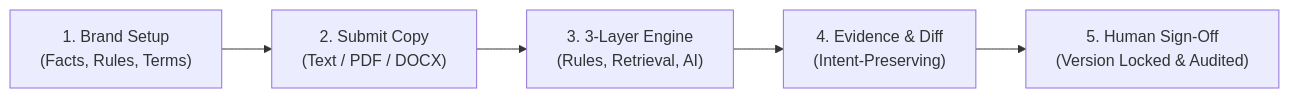
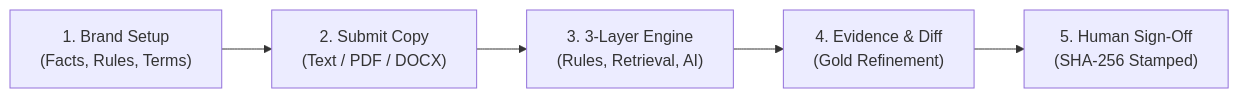
One commit to codewithlily-07/verity-brand-governance changed the diagram in README.md. Above: the diagram before and after it, drawn with Mermaid. The commit also changed other lines of this file and 8 other files, not shown here.

Commit message:
docs: add Round 3 improvements, feature catalog, testing notes, roadmap, and update deployment architecture

````diff
--- a/README.md
+++ b/README.md
@@ -26,7 +28,7 @@
 ```mermaid
 flowchart LR
     A["1. Brand Setup\n(Facts, Rules, Terms)"] --> B["2. Submit Copy\n(Text / PDF / DOCX)"]
     B --> C["3. 3-Layer Engine\n(Rules, Retrieval, AI)"]
-    C --> D["4. Evidence & Diff\n(Intent-Preserving)"]
-    D --> E["5. Human Sign-Off\n(Version Locked & Audited)"]
+    C --> D["4. Evidence & Diff\n(Gold Refinement)"]
+    D --> E["5. Human Sign-Off\n(SHA-256 Stamped)"]
 ```
````
